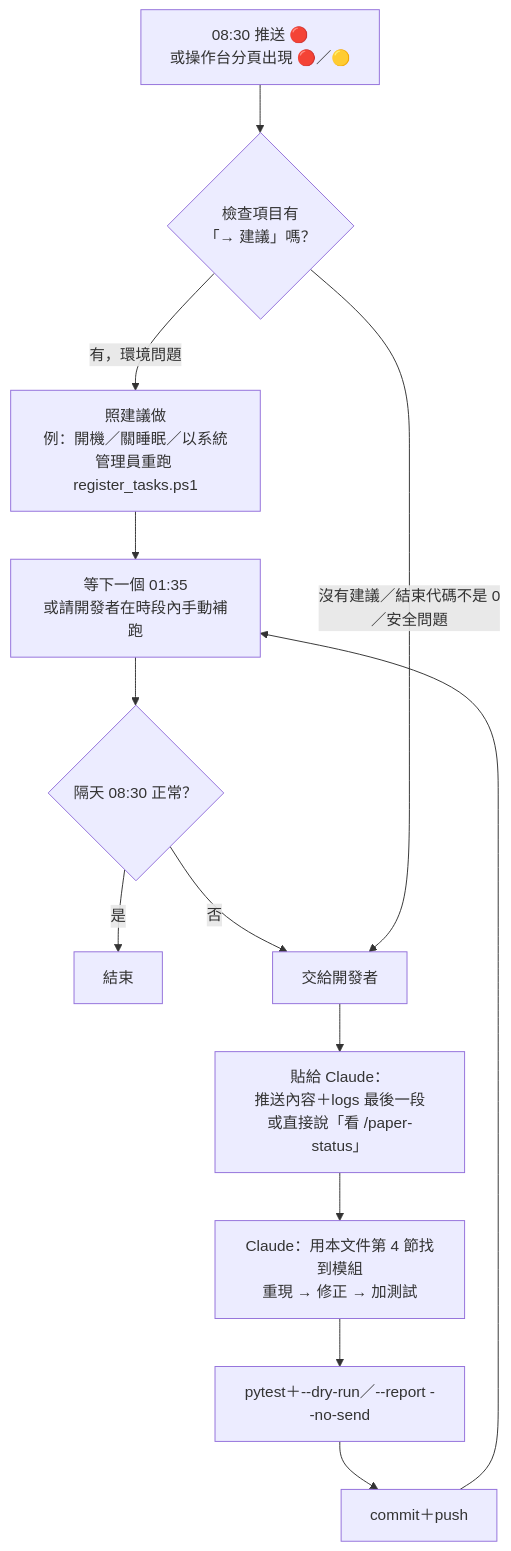
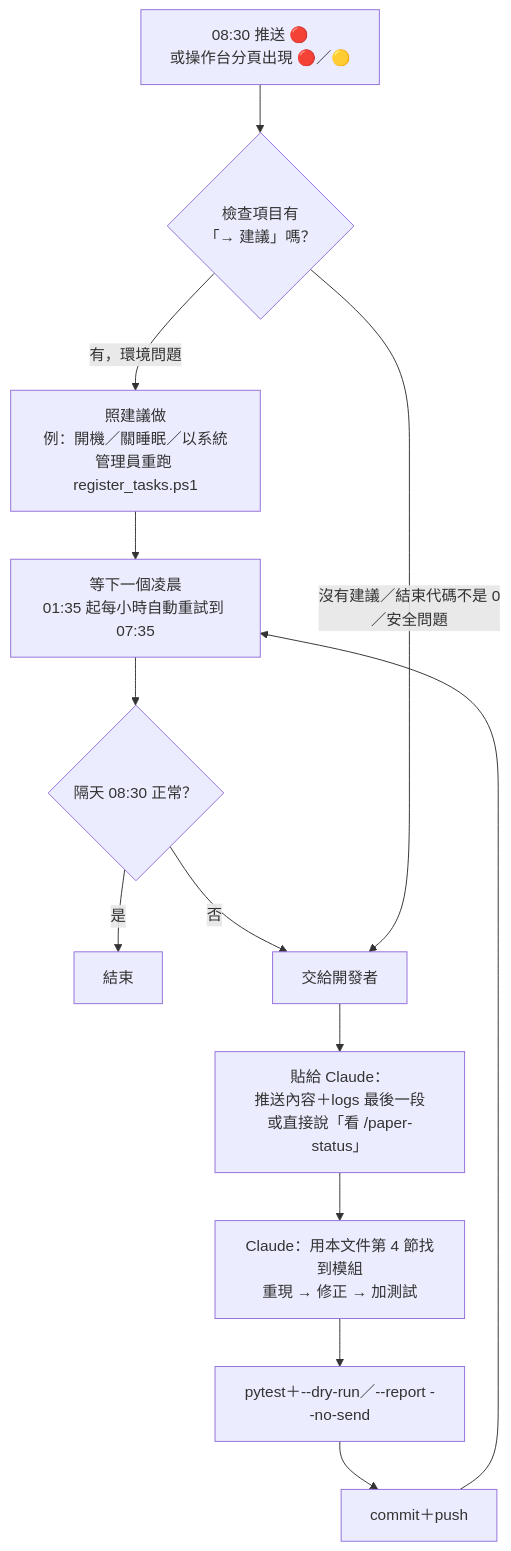
One commit to ShanHugo/Crypto_agent changed the second of 2 diagrams in docs/ARCHITECTURE.md. Above: the diagram before and after it, drawn with Mermaid. The commit also changed other lines of this file and 9 other files, not shown here.

````diff
--- a/docs/ARCHITECTURE.md
+++ b/docs/ARCHITECTURE.md
@@ -103,15 +103,15 @@
 ```mermaid
 flowchart TD
   A[08:30 推送 🔴<br/>或操作台分頁出現 🔴／🟡] --> B{檢查項目有<br/>「→ 建議」嗎？}
   B -- 有，環境問題 --> C[照建議做<br/>例：開機／關睡眠／以系統管理員重跑 register_tasks.ps1]
-  C --> D[等下一個 01:35<br/>或請開發者在時段內手動補跑]
+  C --> D[等下一個凌晨<br/>01:35 起每小時自動重試到 07:35]
   D --> E{隔天 08:30 正常？}
   E -- 是 --> Z[結束]
   E -- 否 --> F
   B -- 沒有建議／結束代碼不是 0<br/>／安全問題 --> F[交給開發者]
   F --> G[貼給 Claude：<br/>推送內容＋logs 最後一段<br/>或直接說「看 /paper-status」]
   G --> H[Claude：用本文件第 4 節找到模組<br/>重現 → 修正 → 加測試]
   H --> I[pytest＋--dry-run／--report --no-send]
   I --> J[commit＋push]
   J --> D
 ```
````
